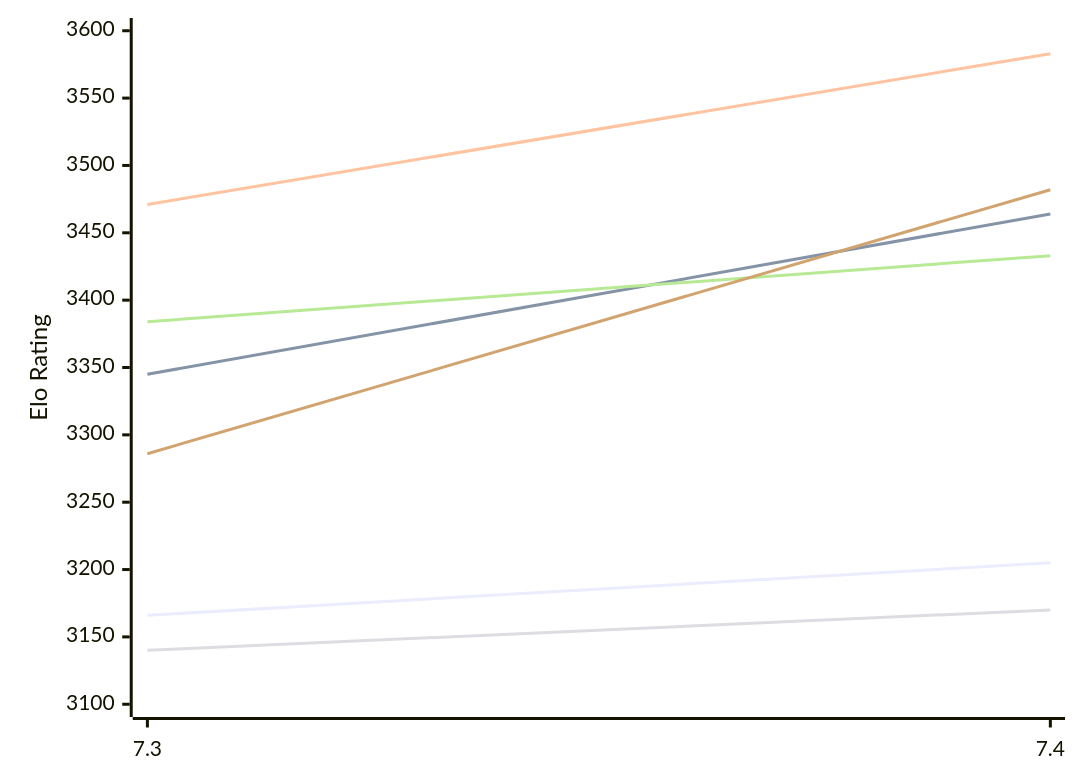
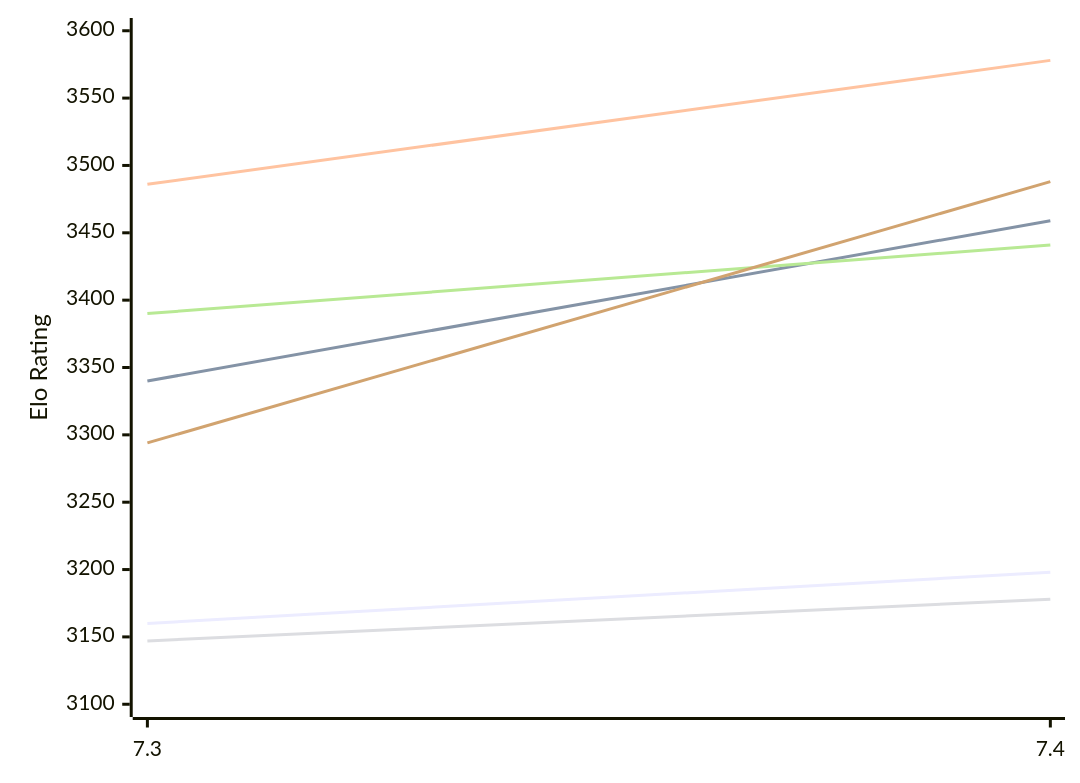
Before and after one commit to computer-chess-index/cci: the diagram in engines/Booot.md, drawn with Mermaid. The commit also changed other lines of this file, not shown here.

Commit message:
Update CCI Ratings (ELO VLTC) - 2026-11-18

````diff
--- a/engines/Booot.md
+++ b/engines/Booot.md
@@ -49,12 +49,12 @@
 ```mermaid
 %%{init: {"theme":"base","themeVariables":{"seriesColors:['#a3a3a3','#222221','#faa371']}}}%%
 xychart-beta
   x-axis ["7.3", "7.4"]
   y-axis "Elo Rating" 3100 --> 3600
-  line "E1: STC (8.0+0.08s)" [3166, 3205]
-  line "E1: LTC (60.0+0.60s)" [3345, 3464]
-  line "E1: VLTC (2m24s+1.12s)" [3471, 3583]
-  line "P1: STC (8.0+0.08s)" [3140, 3170]
-  line "P1: LTC (60.0+0.60s)" [3384, 3433]
-  line "P1: VLTC (2m24s+1.12s)" [3286, 3482]
+  line "E1: STC (8.0+0.08s)" [3160, 3198]
+  line "E1: LTC (60.0+0.60s)" [3340, 3459]
+  line "E1: VLTC (2m24s+1.12s)" [3486, 3578]
+  line "P1: STC (8.0+0.08s)" [3147, 3178]
+  line "P1: LTC (60.0+0.60s)" [3390, 3441]
+  line "P1: VLTC (2m24s+1.12s)" [3294, 3488]
 ```
````
